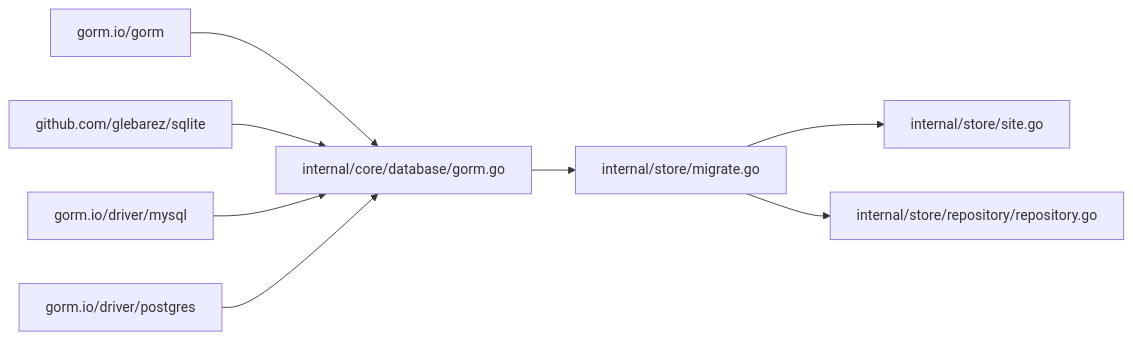
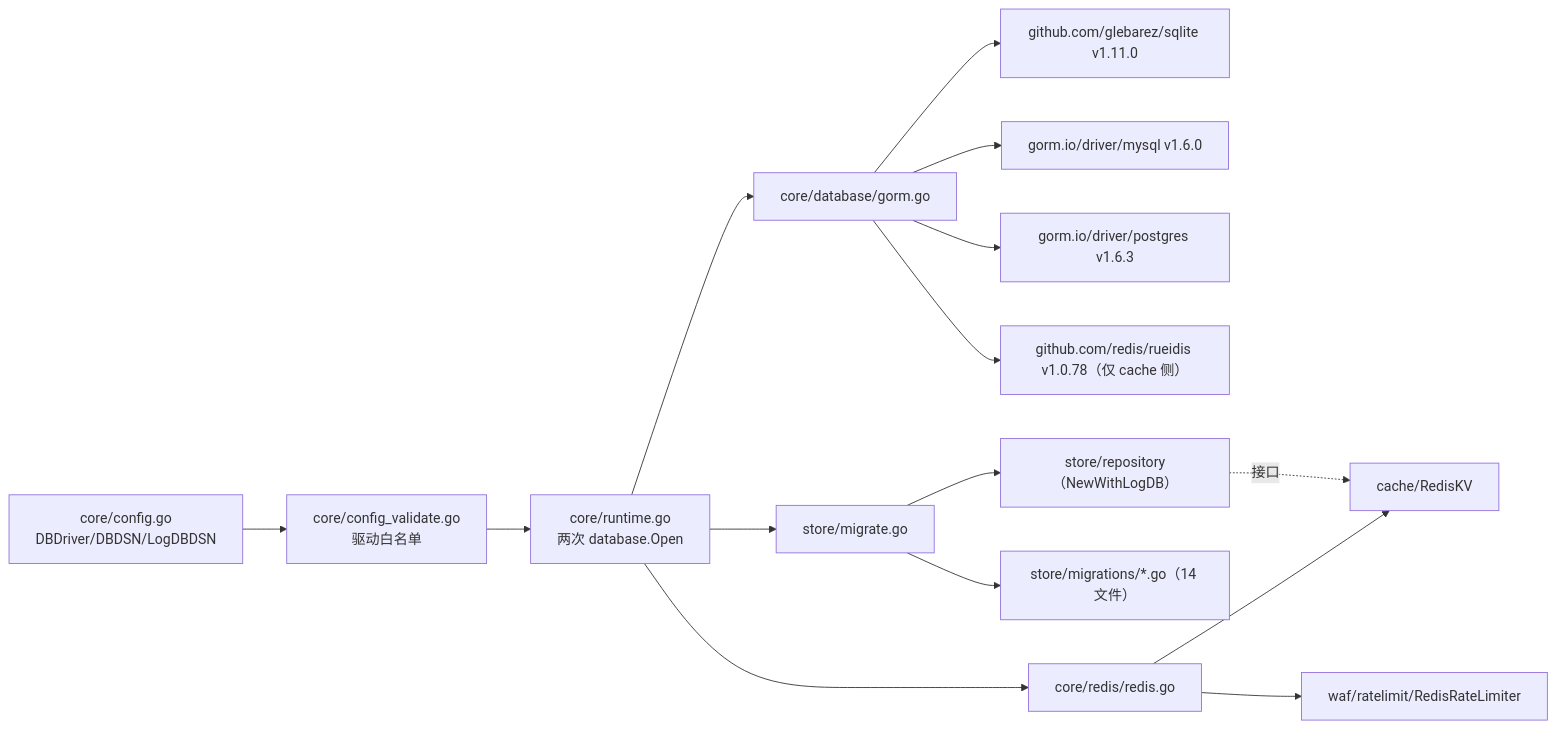
Before and after one commit to x01n/My-OpenWaf: the fifth of 6 diagrams in docs/扩展与插件系统/存储后端扩展/存储后端扩展.md, drawn with Mermaid. The commit also changed other lines of this file and 622 other files, not shown here.

````diff
--- a/docs/扩展与插件系统/存储后端扩展/存储后端扩展.md
+++ b/docs/扩展与插件系统/存储后端扩展/存储后端扩展.md
@@ -319,10 +388,17 @@
 ```mermaid
 graph LR
-GORM["gorm.io/gorm"] --> CORE_DB["internal/core/database/gorm.go"]
-SQLITE["github.com/glebarez/sqlite"] --> CORE_DB
-MYSQL["gorm.io/driver/mysql"] --> CORE_DB
-PG["gorm.io/driver/postgres"] --> CORE_DB
-CORE_DB --> STORE_MIGRATE["internal/store/migrate.go"]
-STORE_MIGRATE --> MODELS["internal/store/site.go"]
-STORE_MIGRATE --> REPOS["internal/store/repository/repository.go"]
+CFG["core/config.go<br/>DBDriver/DBDSN/LogDBDSN"] --> VAL["core/config_validate.go<br/>驱动白名单"]
+VAL --> RT["core/runtime.go<br/>两次 database.Open"]
+RT --> GW["core/database/gorm.go"]
+GW --> GSQLITE["github.com/glebarez/sqlite v1.11.0"]
+GW --> GMYSQL["gorm.io/driver/mysql v1.6.0"]
+GW --> GPG["gorm.io/driver/postgres v1.6.3"]
+GW --> RUEIDIS["github.com/redis/rueidis v1.0.78（仅 cache 侧）"]
+RT --> RCli["core/redis/redis.go"]
+RCli --> KV["cache/RedisKV"]
+RCli --> RL["waf/ratelimit/RedisRateLimiter"]
+RT --> MIG["store/migrate.go"]
+MIG --> MIFS["store/migrations/*.go（14 文件）"]
+MIG --> REPO["store/repository（NewWithLogDB）"]
+REPO -.接口.-> KV
 ```
````
